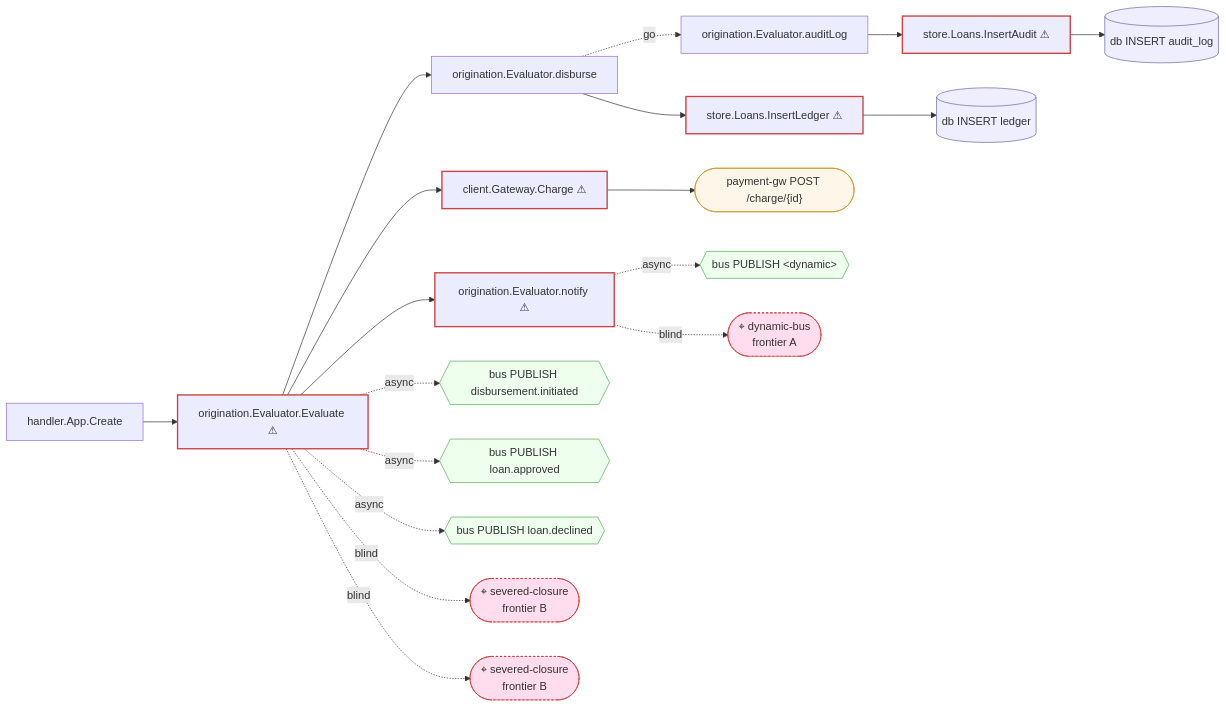
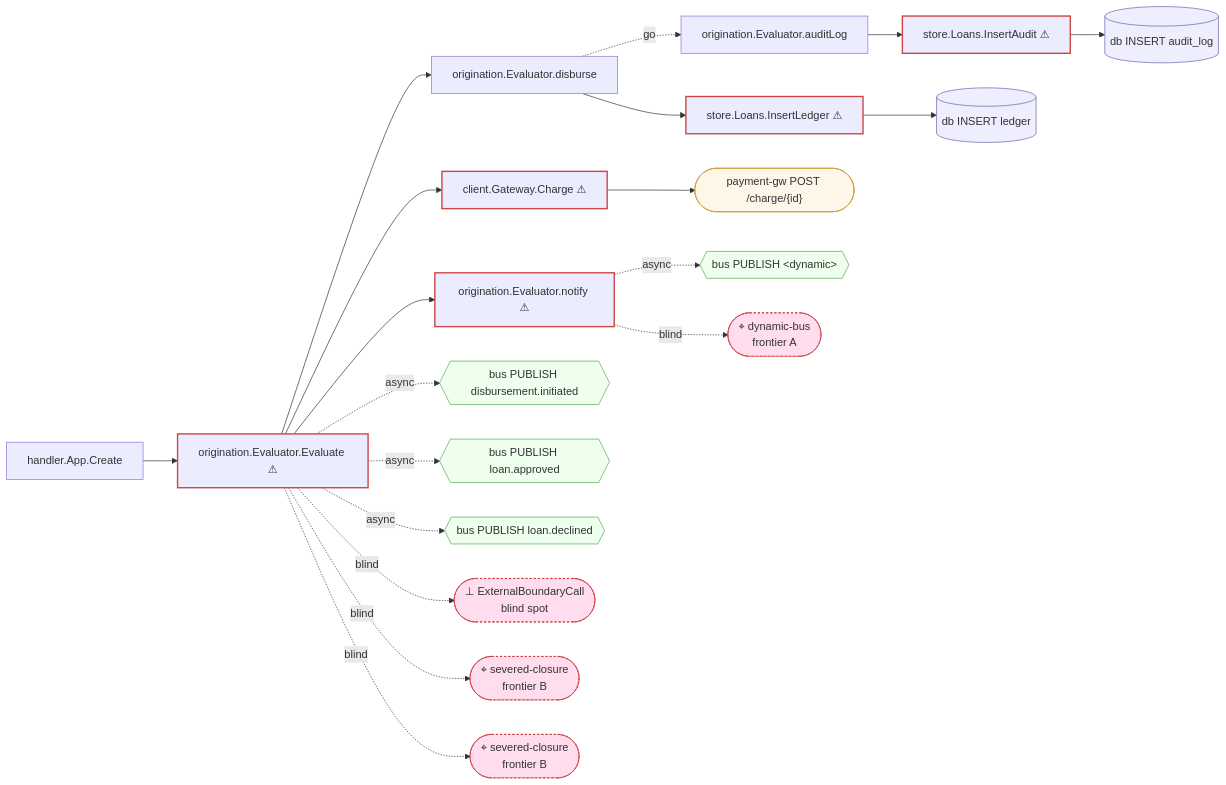
One commit to jyang234/verdi-go changed the diagram in testdata/groundwork/goldens/loansvc.post_loan_application.callgraph.md. Above: the diagram before and after it, drawn with Mermaid. The commit also changed 4 other files, not shown here.

First line of the commit message:
fix(goldens): regenerate loansvc goldens for ExternalBoundaryCall

````diff
--- a/testdata/groundwork/goldens/loansvc.post_loan_application.callgraph.md
+++ b/testdata/groundwork/goldens/loansvc.post_loan_application.callgraph.md
@@ -1,45 +1,47 @@
 ```mermaid
 flowchart LR
     %% static call graph — scope: POST /loan-application; algo: rta
     %% 3 first-party nodes above tier 2 hidden as plumbing; pass --show-plumbing to include
     client_Gateway_Charge["client.Gateway.Charge ⚠"]:::fallible
     handler_App_Create["handler.App.Create"]
     origination_Evaluator_Evaluate["origination.Evaluator.Evaluate ⚠"]:::fallible
     origination_Evaluator_auditLog["origination.Evaluator.auditLog"]
     origination_Evaluator_disburse["origination.Evaluator.disburse"]
     origination_Evaluator_notify["origination.Evaluator.notify ⚠"]:::fallible
     store_Loans_InsertAudit["store.Loans.InsertAudit ⚠"]:::fallible
     store_Loans_InsertLedger["store.Loans.InsertLedger ⚠"]:::fallible
     external_payment_gw_POST__charge__id_(["payment-gw POST /charge/{id}"]):::external
     bus_bus_PUBLISH_disbursement_initiated{{"bus PUBLISH disbursement.initiated"}}:::bus
     bus_bus_PUBLISH_loan_approved{{"bus PUBLISH loan.approved"}}:::bus
     bus_bus_PUBLISH_loan_declined{{"bus PUBLISH loan.declined"}}:::bus
     bus_bus_PUBLISH__dynamic_{{"bus PUBLISH &lt;dynamic&gt;"}}:::bus
     db_db_INSERT_audit_log[("db INSERT audit_log")]:::db
     db_db_INSERT_ledger[("db INSERT ledger")]:::db
+    blind_ExternalBoundaryCall(["⊥ ExternalBoundaryCall<br/>blind spot"]):::blind
     frontier_dynamic_bus(["⌖ dynamic-bus<br/>frontier A"]):::blind
     frontier_severed_closure(["⌖ severed-closure<br/>frontier B"]):::blind
     frontier_severed_closure1(["⌖ severed-closure<br/>frontier B"]):::blind
     client_Gateway_Charge --> external_payment_gw_POST__charge__id_
     handler_App_Create --> origination_Evaluator_Evaluate
     origination_Evaluator_Evaluate --> client_Gateway_Charge
     origination_Evaluator_Evaluate --> origination_Evaluator_disburse
     origination_Evaluator_Evaluate --> origination_Evaluator_notify
     origination_Evaluator_Evaluate -. async .-> bus_bus_PUBLISH_disbursement_initiated
     origination_Evaluator_Evaluate -. async .-> bus_bus_PUBLISH_loan_approved
     origination_Evaluator_Evaluate -. async .-> bus_bus_PUBLISH_loan_declined
     origination_Evaluator_auditLog --> store_Loans_InsertAudit
     origination_Evaluator_disburse -. go .-> origination_Evaluator_auditLog
     origination_Evaluator_disburse --> store_Loans_InsertLedger
     origination_Evaluator_notify -. async .-> bus_bus_PUBLISH__dynamic_
     store_Loans_InsertAudit --> db_db_INSERT_audit_log
     store_Loans_InsertLedger --> db_db_INSERT_ledger
+    origination_Evaluator_Evaluate -. blind .-> blind_ExternalBoundaryCall
     origination_Evaluator_notify -. blind .-> frontier_dynamic_bus
     origination_Evaluator_Evaluate -. blind .-> frontier_severed_closure
     origination_Evaluator_Evaluate -. blind .-> frontier_severed_closure1
     classDef fallible stroke:#c44,stroke-width:2px
     classDef db fill:#eef,stroke:#66a
     classDef bus fill:#efe,stroke:#5a5
     classDef external fill:#fef6e8,stroke:#c93
     classDef blind fill:#fde,stroke:#c33,stroke-dasharray:3 3
 ```
````
